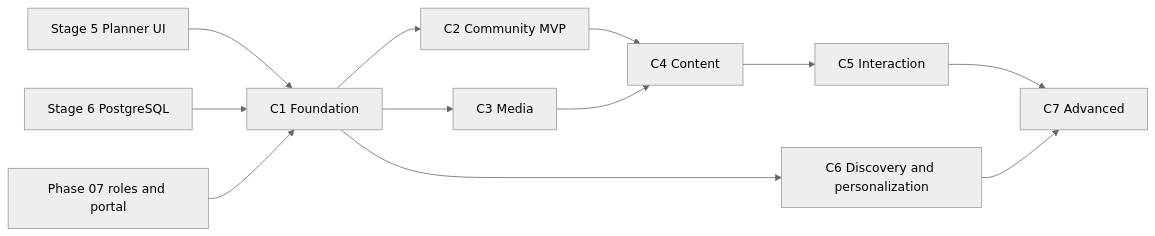
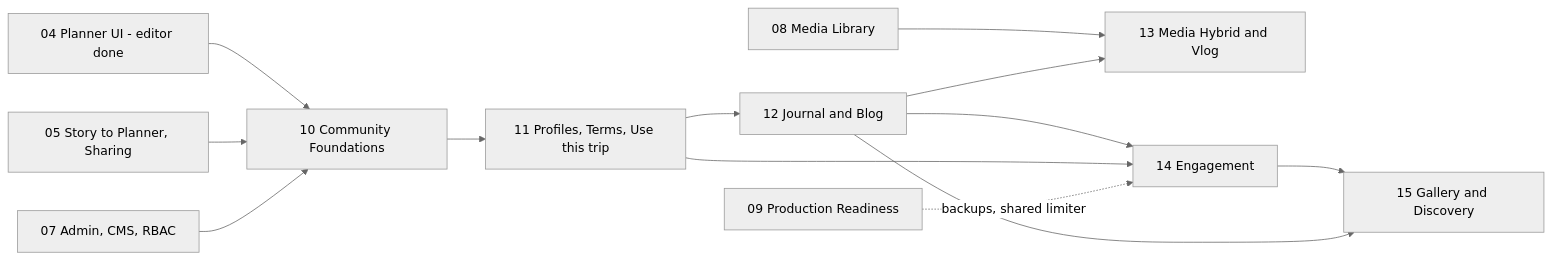
The diagram in docs/specs-community-roadmap.md (doanviethung1009/chuyennhahung_planner), drawn with Mermaid (neutral theme) before and after one commit. The commit also changed other lines of this file and 25 other files, not shown here.

First line of the commit message:
docs(specs): align community specs with Phase 10-15 and add ADR 0019

````diff
--- a/docs/specs-community-roadmap.md
+++ b/docs/specs-community-roadmap.md
@@ -31,14 +37,15 @@
 ```mermaid
 flowchart LR
-    S5[Stage 5 Planner UI] --> C1
-    S6[Stage 6 PostgreSQL] --> C1
-    P07[Phase 07 roles and portal] --> C1
-    C1[C1 Foundation] --> C2[C2 Community MVP]
-    C1 --> C3[C3 Media]
-    C2 --> C4[C4 Content]
-    C3 --> C4
-    C4 --> C5[C5 Interaction]
-    C1 --> C6[C6 Discovery and personalization]
-    C5 --> C7[C7 Advanced]
-    C6 --> C7
+    P04[04 Planner UI - editor done] --> P10
+    P05[05 Story to Planner, Sharing] --> P10
+    P07[07 Admin, CMS, RBAC] --> P10
+    P10[10 Community Foundations] --> P11[11 Profiles, Terms, Use this trip]
+    P11 --> P12[12 Journal and Blog]
+    P08[08 Media Library] --> P13[13 Media Hybrid and Vlog]
+    P12 --> P13
+    P12 --> P14[14 Engagement]
+    P11 --> P14
+    P14 --> P15[15 Gallery and Discovery]
+    P12 --> P15
+    P09[09 Production Readiness] -. backups, shared limiter .-> P14
 ```
````
